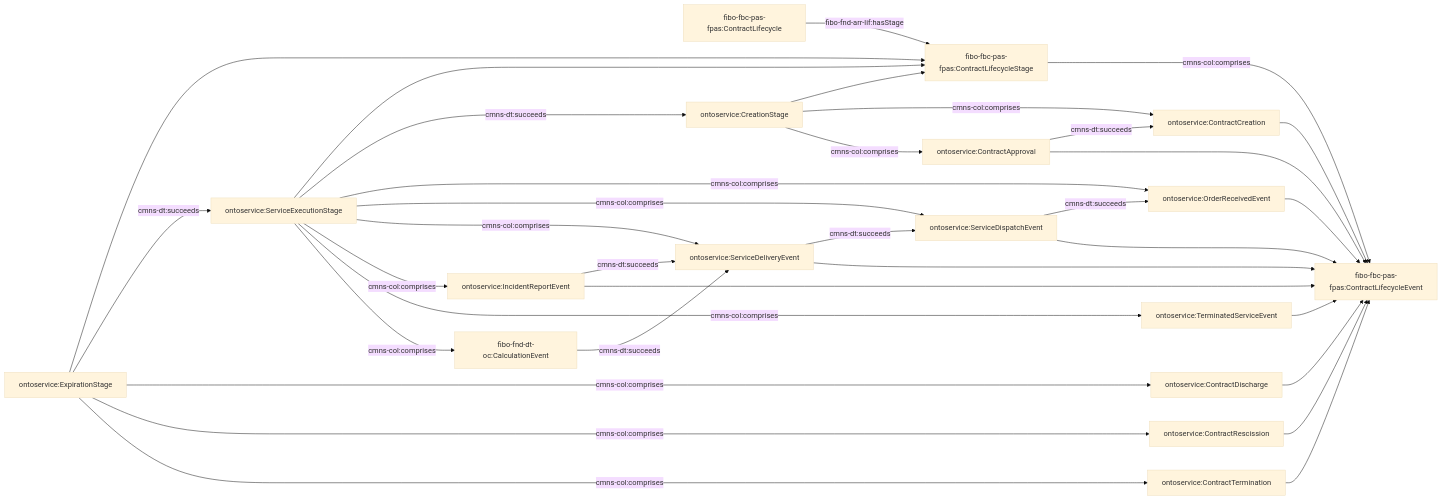
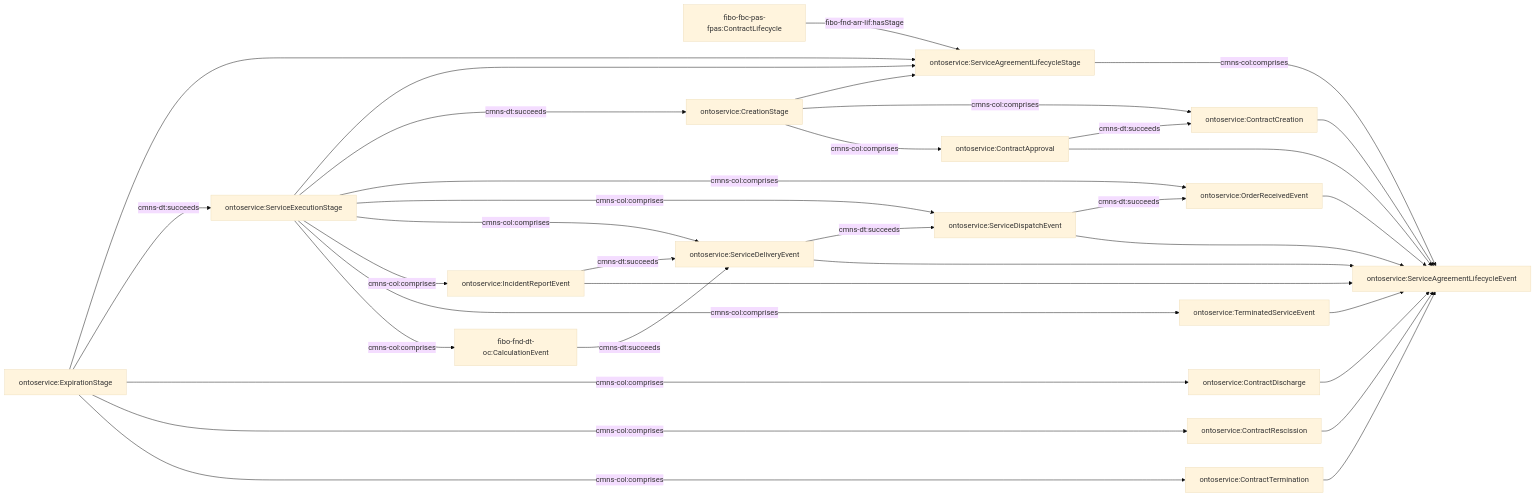
One commit to cambridge-cares/TheWorldAvatar changed the fifth of 12 diagrams in JPS_Ontology/ontology/ontoservice/README.md. Above: the diagram before and after it, drawn with Mermaid (base theme). The commit also changed other lines of this file and 4 other files, not shown here.

Commit message:
dev-service-execution-ontology-extension: extended stage and event classes

````diff
--- a/JPS_Ontology/ontology/ontoservice/README.md
+++ b/JPS_Ontology/ontology/ontoservice/README.md
@@ -180,46 +180,46 @@
 ```mermaid
 flowchart LR
     %% Styling
     classDef literal fill:none
     classDef node overflow-wrap:break-word,text-wrap:pretty
     linkStyle default overflow-wrap:break-word,text-wrap:pretty;
 
     %% Contents
-    Lifecycle[fibo-fbc-pas-fpas:ContractLifecycle] -- fibo-fnd-arr-lif:hasStage --> Stage[fibo-fbc-pas-fpas:ContractLifecycleStage]
-    Stage -- cmns-col:comprises --> Event[fibo-fbc-pas-fpas:ContractLifecycleEvent]
+    Lifecycle[fibo-fbc-pas-fpas:ContractLifecycle] -- fibo-fnd-arr-lif:hasStage --> Stage[ontoservice:ServiceAgreementLifecycleStage]
+    Stage -- cmns-col:comprises --> Event[ontoservice:ServiceAgreementLifecycleEvent]
 
     CreationStage[ontoservice:CreationStage] --> Stage
     ServiceExecutionStage[ontoservice:ServiceExecutionStage] --> Stage
     ExpirationStage[ontoservice:ExpirationStage] --> Stage
     ServiceExecutionStage -- cmns-dt:succeeds --> CreationStage
     ExpirationStage -- cmns-dt:succeeds --> ServiceExecutionStage
 
     CreationStage -- cmns-col:comprises --> ContractCreation[ontoservice:ContractCreation]
     CreationStage -- cmns-col:comprises --> ContractApproval[ontoservice:ContractApproval]
     ContractApproval -- cmns-dt:succeeds --> ContractCreation
     ContractCreation --> Event
     ContractApproval --> Event
 
     ServiceExecutionStage -- cmns-col:comprises --> OrderReceivedEvent[ontoservice:OrderReceivedEvent]
     ServiceExecutionStage -- cmns-col:comprises --> ServiceDispatchEvent[ontoservice:ServiceDispatchEvent]
     ServiceExecutionStage -- cmns-col:comprises --> ServiceDeliveryEvent[ontoservice:ServiceDeliveryEvent]
     ServiceExecutionStage -- cmns-col:comprises --> IncidentReportEvent[ontoservice:IncidentReportEvent]
     ServiceExecutionStage -- cmns-col:comprises --> TerminatedServiceEvent[ontoservice:TerminatedServiceEvent]
     ServiceExecutionStage -- cmns-col:comprises --> CalculationEvent[fibo-fnd-dt-oc:CalculationEvent]
     ServiceDispatchEvent -- cmns-dt:succeeds --> OrderReceivedEvent
     ServiceDeliveryEvent -- cmns-dt:succeeds --> ServiceDispatchEvent
     CalculationEvent -- cmns-dt:succeeds --> ServiceDeliveryEvent
     IncidentReportEvent -- cmns-dt:succeeds --> ServiceDeliveryEvent
     OrderReceivedEvent --> Event
     ServiceDispatchEvent --> Event
     ServiceDeliveryEvent --> Event
     IncidentReportEvent --> Event
     TerminatedServiceEvent --> Event
 
     ExpirationStage -- cmns-col:comprises --> ContractDischarge[ontoservice:ContractDischarge]
     ExpirationStage -- cmns-col:comprises --> ContractRescission[ontoservice:ContractRescission]
     ExpirationStage -- cmns-col:comprises --> ContractTermination[ontoservice:ContractTermination]
     ContractDischarge --> Event
     ContractRescission --> Event
     ContractTermination --> Event
 ```
````
